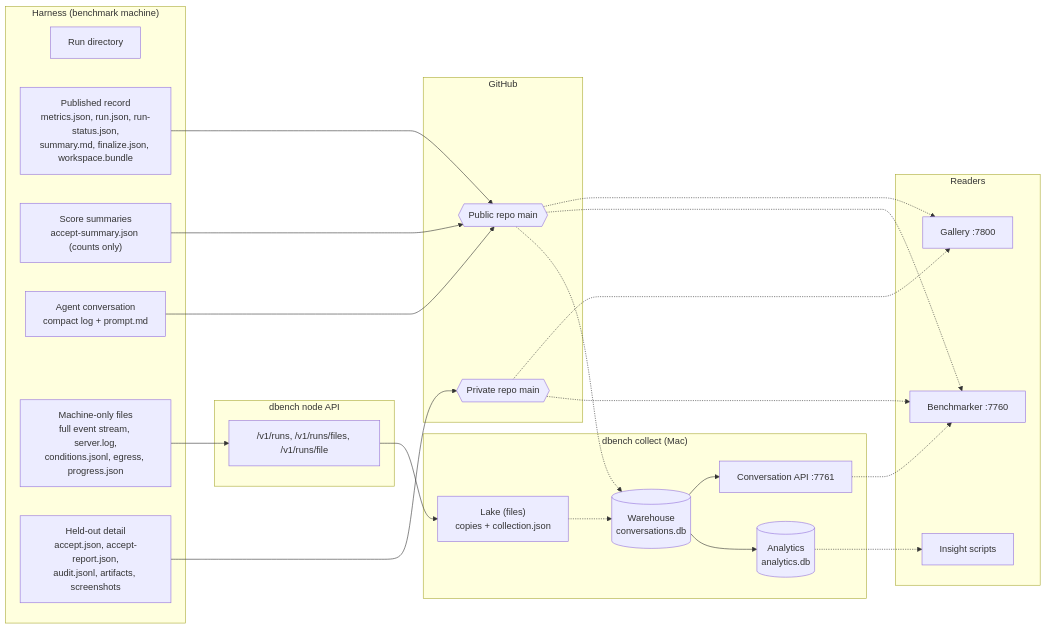
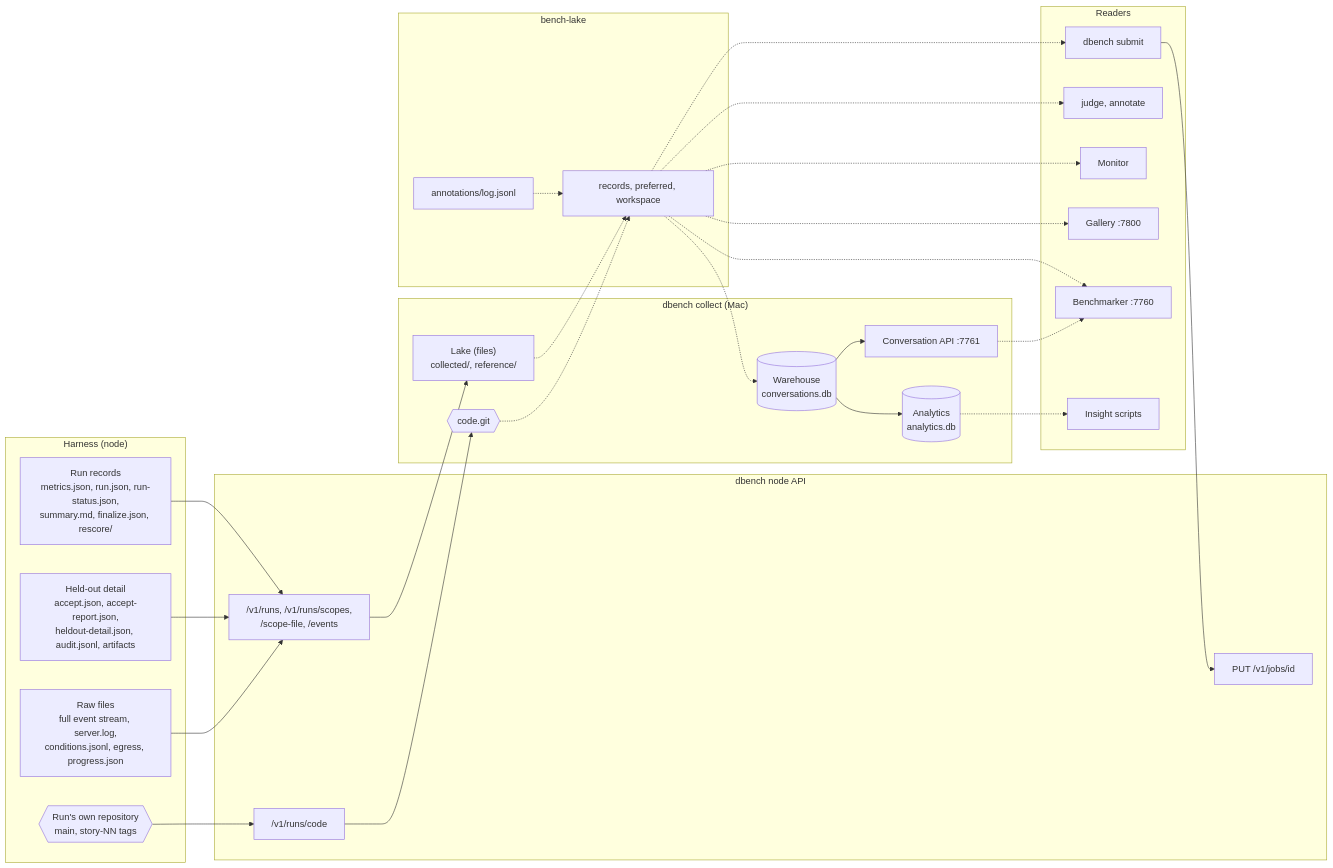
Before and after one commit to boxabirds/awesome-local-ai: the second of 9 diagrams in docs/dataflow.md, drawn with Mermaid. The commit also changed other lines of this file and 5 other files, not shown here.

First line of the commit message:
Docs for story 23's release: nothing is published from a node (task 23.27, step 6)

````diff
--- a/docs/dataflow.md
+++ b/docs/dataflow.md
@@ -135,46 +159,54 @@
 ```mermaid
 flowchart LR
-  subgraph HARNESS["Harness (benchmark machine)"]
-    E_RUN[Run directory]
-    E_REC["Published record<br/>metrics.json, run.json, run-status.json,<br/>summary.md, finalize.json, workspace.bundle"]
-    E_SUM["Score summaries<br/>accept-summary.json (counts only)"]
-    E_CONV["Agent conversation<br/>compact log + prompt.md"]
-    E_RAW["Machine-only files<br/>full event stream, server.log,<br/>conditions.jsonl, egress, progress.json"]
-    E_HELD["Held-out detail<br/>accept.json, accept-report.json,<br/>audit.jsonl, artifacts, screenshots"]
-  end
-  subgraph GH["GitHub"]
-    G_PUB{{Public repo main}}
-    G_PRIV{{Private repo main}}
+  subgraph HARNESS["Harness (node)"]
+    E_REC["Run records<br/>metrics.json, run.json, run-status.json,<br/>summary.md, finalize.json, rescore/"]
+    E_HELD["Held-out detail<br/>accept.json, accept-report.json,<br/>heldout-detail.json, audit.jsonl, artifacts"]
+    E_RAW["Raw files<br/>full event stream, server.log,<br/>conditions.jsonl, egress, progress.json"]
+    E_CODE{{"Run's own repository<br/>main, story-NN tags"}}
   end
   subgraph NODEAPI["dbench node API"]
-    N_RUNS["/v1/runs, /v1/runs/files, /v1/runs/file"]
+    N_RUNS["/v1/runs, /v1/runs/scopes,<br/>/scope-file, /events"]
+    N_CODE["/v1/runs/code"]
+    N_JOBS["PUT /v1/jobs/id"]
   end
   subgraph COLLECT["dbench collect (Mac)"]
-    C_LAKE["Lake (files)<br/>copies + collection.json"]
+    C_LAKE["Lake (files)<br/>collected/, reference/"]
+    C_CODE{{"code.git"}}
     C_WH[("Warehouse<br/>conversations.db")]
     C_AN[("Analytics<br/>analytics.db")]
     C_API["Conversation API :7761"]
   end
+  subgraph LAKELIB["bench-lake"]
+    B_READ["records, preferred, workspace"]
+    B_ANN["annotations/log.jsonl"]
+  end
   subgraph READERS["Readers"]
     R_BM["Benchmarker :7760"]
     R_GAL["Gallery :7800"]
+    R_MON["Monitor"]
+    R_HT["judge, annotate"]
     R_INS["Insight scripts"]
+    R_SUB["dbench submit"]
   end
 
-  E_REC --> G_PUB
-  E_SUM --> G_PUB
-  E_CONV --> G_PUB
-  E_HELD --> G_PRIV
+  E_REC --> N_RUNS
+  E_HELD --> N_RUNS
   E_RAW --> N_RUNS
+  E_CODE --> N_CODE
   N_RUNS --> C_LAKE
-  G_PUB -.-> C_WH
-  C_LAKE -.-> C_WH
+  N_CODE --> C_CODE
+  C_LAKE -.-> B_READ
+  C_CODE -.-> B_READ
+  B_ANN -.-> B_READ
+  B_READ -.-> C_WH
   C_WH --> C_AN
   C_WH --> C_API
-  G_PUB -.-> R_BM
-  G_PRIV -.-> R_BM
+  B_READ -.-> R_BM
   C_API -.-> R_BM
-  G_PUB -.-> R_GAL
-  G_PRIV -.-> R_GAL
+  B_READ -.-> R_GAL
+  B_READ -.-> R_MON
+  B_READ -.-> R_HT
   C_AN -.-> R_INS
+  B_READ -.-> R_SUB
+  R_SUB --> N_JOBS
 ```
````
